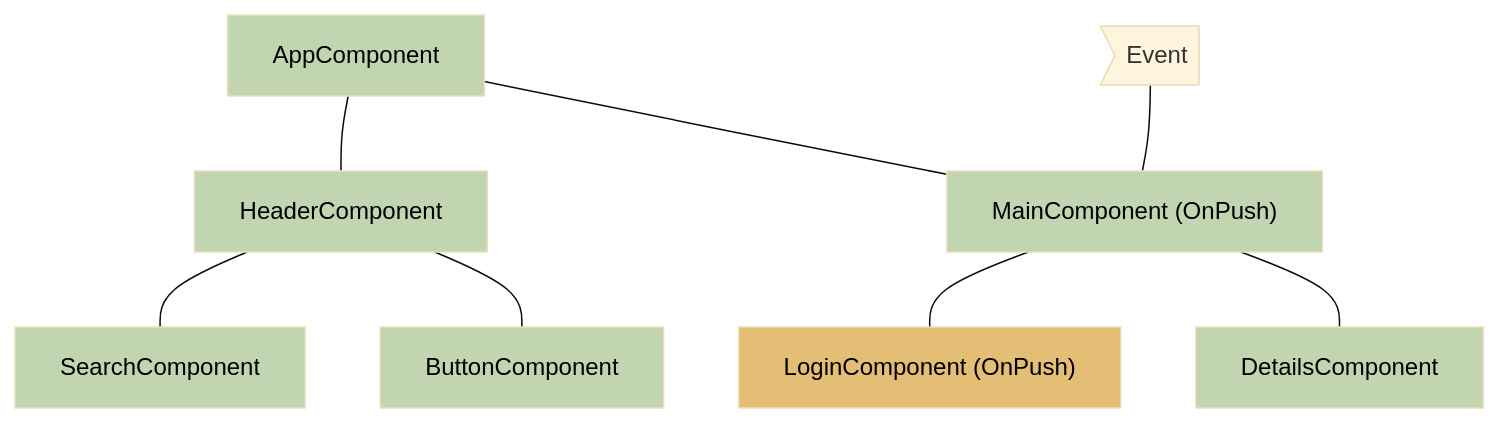
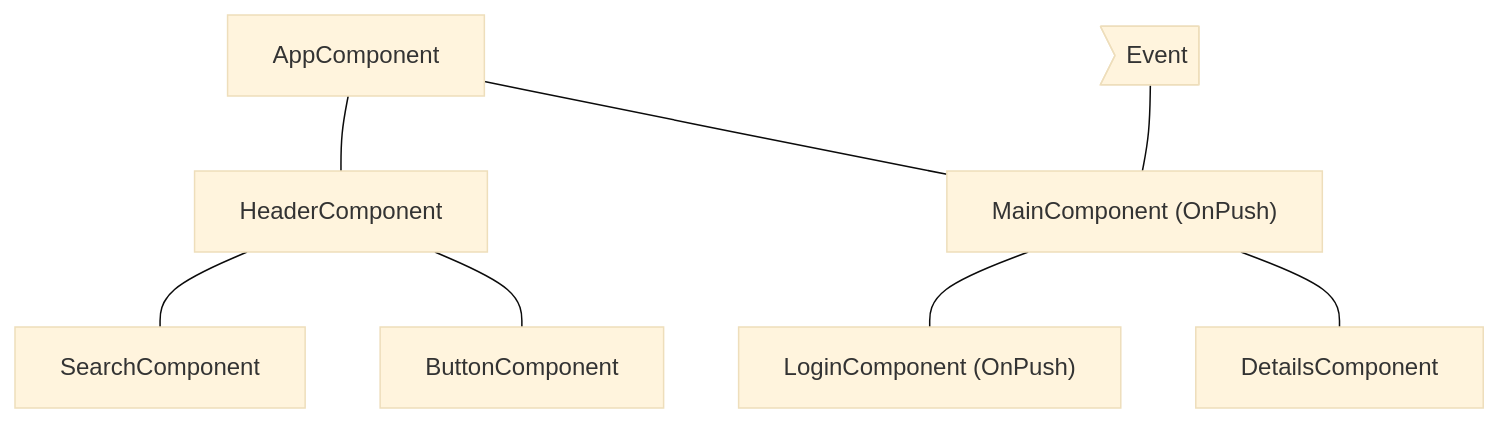
Before and after one commit to angular/angular-ja: the second of 4 diagrams in adev-ja/src/content/best-practices/runtime-performance/skipping-subtrees.md, drawn with Mermaid (base theme). The commit also changed other lines of this file and 113 other files, not shown here.

````diff
--- a/adev-ja/src/content/best-practices/runtime-performance/skipping-subtrees.md
+++ b/adev-ja/src/content/best-practices/runtime-performance/skipping-subtrees.md
@@ -62,19 +59,18 @@
 ```mermaid
 graph TD;
     app[AppComponent] --- header[HeaderComponent];
     app --- main["MainComponent (OnPush)"];
     header --- search[SearchComponent];
     header --- button[ButtonComponent];
     main --- login["LoginComponent (OnPush)"];
     main --- details[DetailsComponent];
     event>Event] --- main
 
-style login fill:#E4BE74,color:#000
-
-style app fill:#C1D5B0,color:#000
-style header fill:#C1D5B0,color:#000
-style button fill:#C1D5B0,color:#000
-style search fill:#C1D5B0,color:#000
-style main fill:#C1D5B0,color:#000
-style details fill:#C1D5B0,color:#000
+class app checkedNode
+class header checkedNode
+class button checkedNode
+class search checkedNode
+class main checkedNode
+class details checkedNode
+class event eventNode
 ```
````
